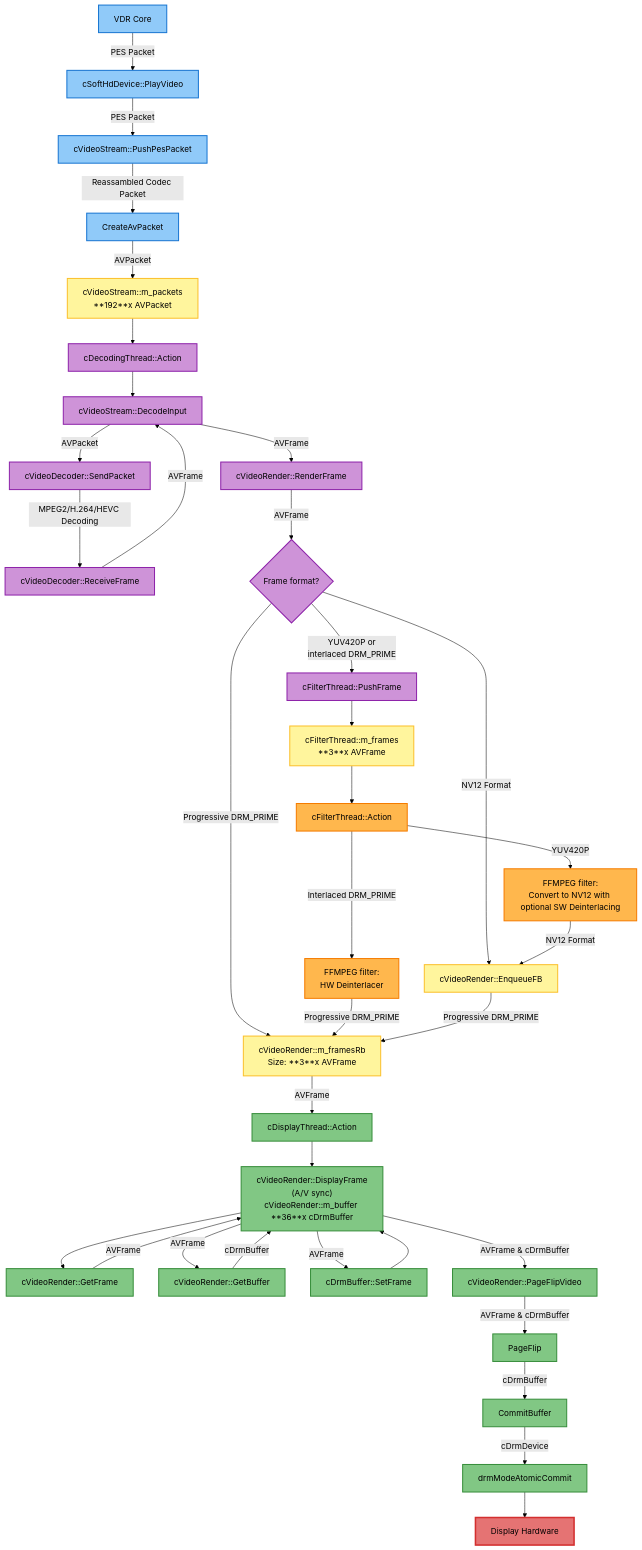
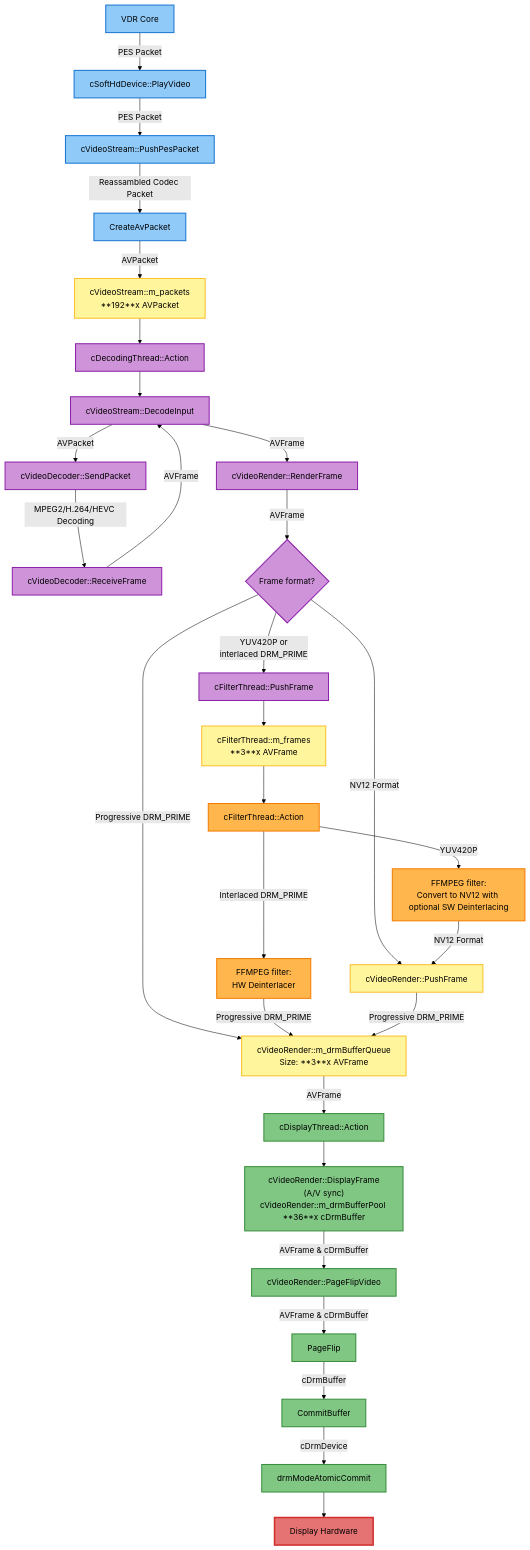
One commit to fwolter/vdr-plugin-softhddevice-drm-gles changed the third of 5 diagrams in DEVELOPER.md. Above: the diagram before and after it, drawn with Mermaid (forest theme). The commit also changed other lines of this file, not shown here.

Commit message:
Update dev doc graphs

````diff
--- a/DEVELOPER.md
+++ b/DEVELOPER.md
@@ -141,69 +146,61 @@
 ```mermaid
 graph TD
     %% VDR Thread
     VDR[VDR Core] --> |PES Packet|PlayVideo["cSoftHdDevice::PlayVideo"]
     PlayVideo --> |PES Packet|PushPes["cVideoStream::PushPesPacket"]
     PushPes --> |Reassambled Codec Packet|CreatePkt["CreateAvPacket"]
     CreatePkt --> |AVPacket|PktQueue["cVideoStream::m_packets<br/>**192**x AVPacket"]
 
     %% Decoding Thread
     PktQueue --> DecThread["cDecodingThread::Action"]
     DecThread --> DecInput["cVideoStream::DecodeInput"]
     DecInput --> |AVPacket|SendPkt["cVideoDecoder::SendPacket"]
     SendPkt --> |MPEG2/H.264/HEVC Decoding|RecvFrame["cVideoDecoder::ReceiveFrame"]
     RecvFrame --> |AVFrame|DecInput
     DecInput --> |AVFrame|RenderFrame["cVideoRender::RenderFrame"]
 
     %% Filter Thread Decision
     RenderFrame --> |AVFrame|FormatCheck{Frame format?}
     FormatCheck -->|YUV420P or<br/>interlaced DRM_PRIME| FilterPush["cFilterThread::PushFrame"]
-    FormatCheck -->|Progressive DRM_PRIME| RenderRB["cVideoRender::m_framesRb"]
-    FormatCheck -->|NV12 Format| EnqFB["cVideoRender::EnqueueFB"]
+    FormatCheck -->|Progressive DRM_PRIME| RenderRB["cVideoRender::m_drmBufferQueue"]
+    FormatCheck -->|NV12 Format| PushFrame["cVideoRender::PushFrame"]
 
     %% Filter Thread Path
     FilterPush --> FilterQueue["cFilterThread::m_frames<br/>**3**x AVFrame"]
     FilterQueue --> FilterAction["cFilterThread::Action"]
     FilterAction --> |Interlaced DRM_PRIME|HWDeint["FFMPEG filter:<br />HW Deinterlacer"]
     FilterAction --> |YUV420P|SWDeint["FFMPEG filter:<br/>Convert to NV12 with optional SW Deinterlacing"]
-    HWDeint -->|Progressive DRM_PRIME| RenderRB["cVideoRender::m_framesRb<br/>Size: **3**x AVFrame"]
-    SWDeint --> |NV12 Format|EnqFB["cVideoRender::EnqueueFB"]
+    HWDeint -->|Progressive DRM_PRIME| RenderRB["cVideoRender::m_drmBufferQueue<br/>Size: **3**x AVFrame"]
+    SWDeint --> |NV12 Format|PushFrame["cVideoRender::PushFrame"]
 
-    %% EnqueueFB Path (Software frames need buffer prep)
-    EnqFB --> |Progressive DRM_PRIME|RenderRB
+    %% PushFrame Path (Software frames need buffer prep)
+    PushFrame --> |Progressive DRM_PRIME|RenderRB
 
     %% Display Thread
     RenderRB --> |AVFrame|DispThread["cDisplayThread::Action"]
-    DispThread --> DisplayFrame["cVideoRender::DisplayFrame<br/>(A/V sync)<br/>cVideoRender::m_buffer **36**x cDrmBuffer"]
-    DisplayFrame --> GetFrame["cVideoRender::GetFrame"]
-    GetFrame -->|AVFrame| DisplayFrame
-
-    DisplayFrame --> |AVFrame|GetBuffer["cVideoRender::GetBuffer"]
-    GetBuffer -->|cDrmBuffer| DisplayFrame
-
-    DisplayFrame -->|AVFrame| SetFrame["cDrmBuffer::SetFrame"]
-    SetFrame --> DisplayFrame
+    DispThread --> DisplayFrame["cVideoRender::DisplayFrame<br/>(A/V sync)<br/>cVideoRender::m_drmBufferPool **36**x cDrmBuffer"]
     DisplayFrame --> |AVFrame & cDrmBuffer|PageFlipVid["cVideoRender::PageFlipVideo"]
 
     PageFlipVid --> |AVFrame & cDrmBuffer|PageFlip["PageFlip"]
     PageFlip --> |cDrmBuffer|CommitBuf["CommitBuffer"]
 
     CommitBuf --> |cDrmDevice|DrmCommit["drmModeAtomicCommit"]
 
     DrmCommit --> Hardware["Display Hardware"]
 
     %% Styling
     classDef vdrThread fill:#90caf9,stroke:#1976d2,stroke-width:2px,color:#000000
     classDef decThread fill:#ce93d8,stroke:#8e24aa,stroke-width:2px,color:#000000
     classDef filterThread fill:#ffb74d,stroke:#f57c00,stroke-width:2px,color:#000000
     classDef displayThread fill:#81c784,stroke:#388e3c,stroke-width:2px,color:#000000
     classDef hardware fill:#e57373,stroke:#d32f2f,stroke-width:3px,color:#000000
     classDef buffer fill:#fff59d,stroke:#fbc02d,stroke-width:2px,color:#000000
 
     class VDR,PlayVideo,PushPes,CreatePkt vdrThread
     class DecThread,DecInput,SendPkt,RecvFrame,RenderFrame,FilterPush decThread
     class FilterAction,HWDeint,SWDeint filterThread
-    class DispThread,DisplayFrame,GetFrame,PageFlipVid,PageFlip,CommitBuf,DrmCommit,GetBuffer,SetFrame displayThread
+    class DispThread,DisplayFrame,PageFlipVid,PageFlip,CommitBuf,DrmCommit displayThread
     class Hardware hardware
-    class PktQueue,FilterQueue,RenderRB,EnqFB buffer
+    class PktQueue,FilterQueue,RenderRB,PushFrame buffer
     class FormatCheck decThread
 ```
````
